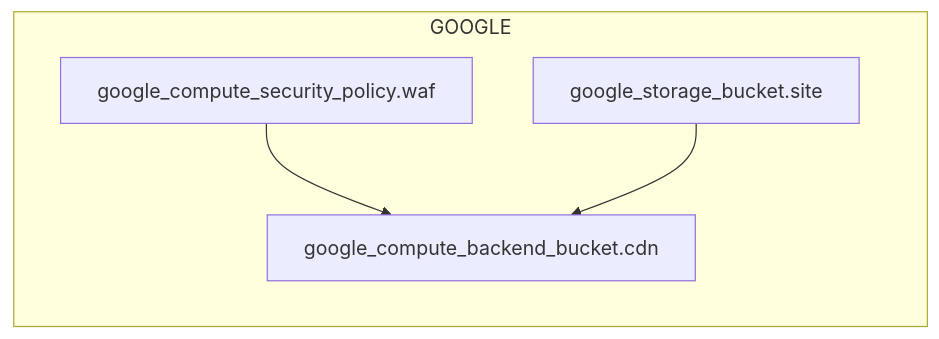
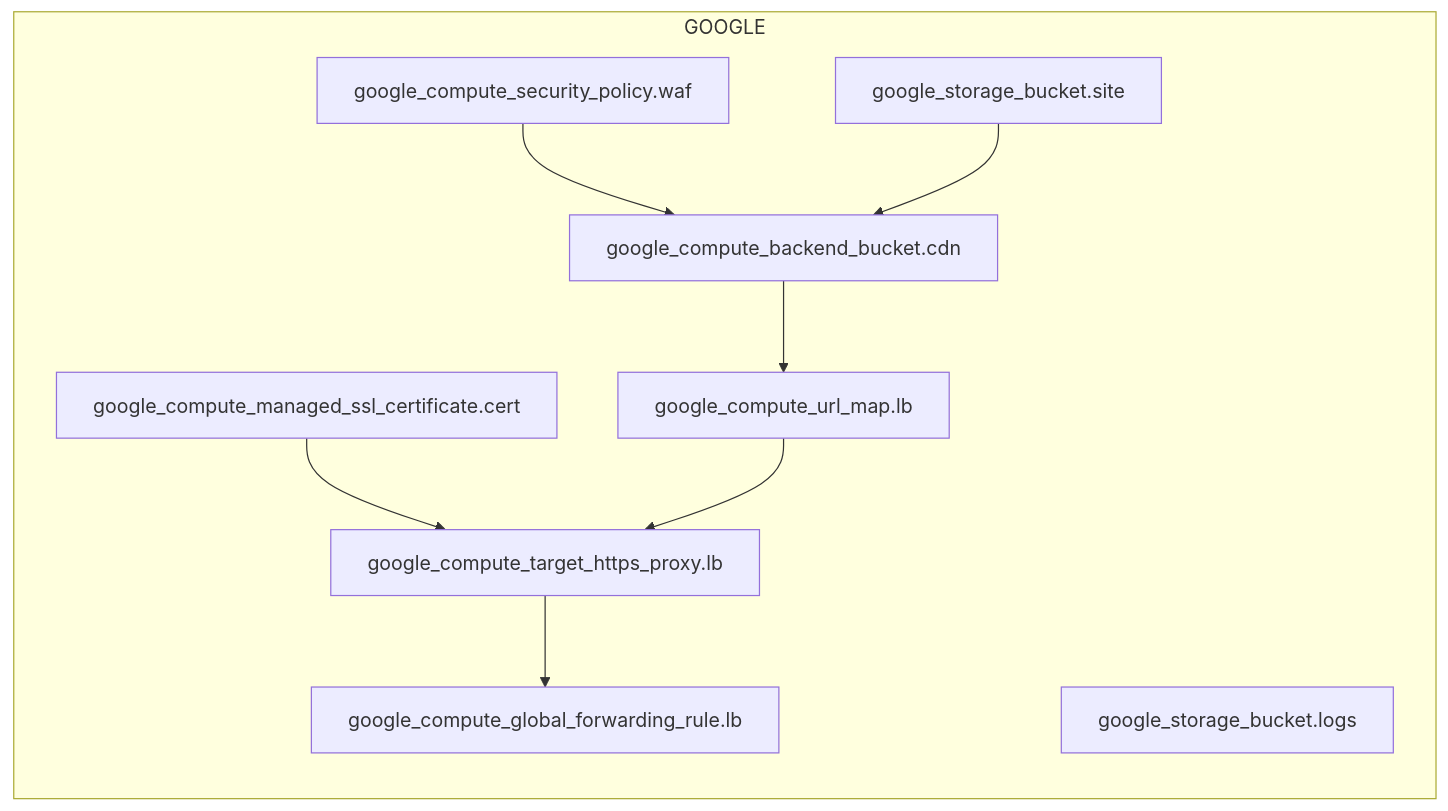
Before and after one commit to suryakumaran2611/auto-arch-diagram: the diagram in examples/serverless-website/gcp/terraform/architecture-diagram.mmd, drawn with Mermaid. The commit also changed 243 other files, not shown here.

First line of the commit message:
Simplify MLOps multi-cloud architecture diagrams

```diff
--- a/examples/serverless-website/gcp/terraform/architecture-diagram.mmd
+++ b/examples/serverless-website/gcp/terraform/architecture-diagram.mmd
@@ -1,8 +1,17 @@
 flowchart LR
 subgraph GOOGLE[GOOGLE]
   tf_google_compute_backend_bucket_cdn["google_compute_backend_bucket.cdn"]
+  tf_google_compute_global_forwarding_rule_lb["google_compute_global_forwarding_rule.lb"]
+  tf_google_compute_managed_ssl_certificate_cert["google_compute_managed_ssl_certificate.cert"]
   tf_google_compute_security_policy_waf["google_compute_security_policy.waf"]
+  tf_google_compute_target_https_proxy_lb["google_compute_target_https_proxy.lb"]
+  tf_google_compute_url_map_lb["google_compute_url_map.lb"]
+  tf_google_storage_bucket_logs["google_storage_bucket.logs"]
   tf_google_storage_bucket_site["google_storage_bucket.site"]
 end
+tf_google_compute_backend_bucket_cdn --> tf_google_compute_url_map_lb
+tf_google_compute_managed_ssl_certificate_cert --> tf_google_compute_target_https_proxy_lb
 tf_google_compute_security_policy_waf --> tf_google_compute_backend_bucket_cdn
+tf_google_compute_target_https_proxy_lb --> tf_google_compute_global_forwarding_rule_lb
+tf_google_compute_url_map_lb --> tf_google_compute_target_https_proxy_lb
 tf_google_storage_bucket_site --> tf_google_compute_backend_bucket_cdn
```
